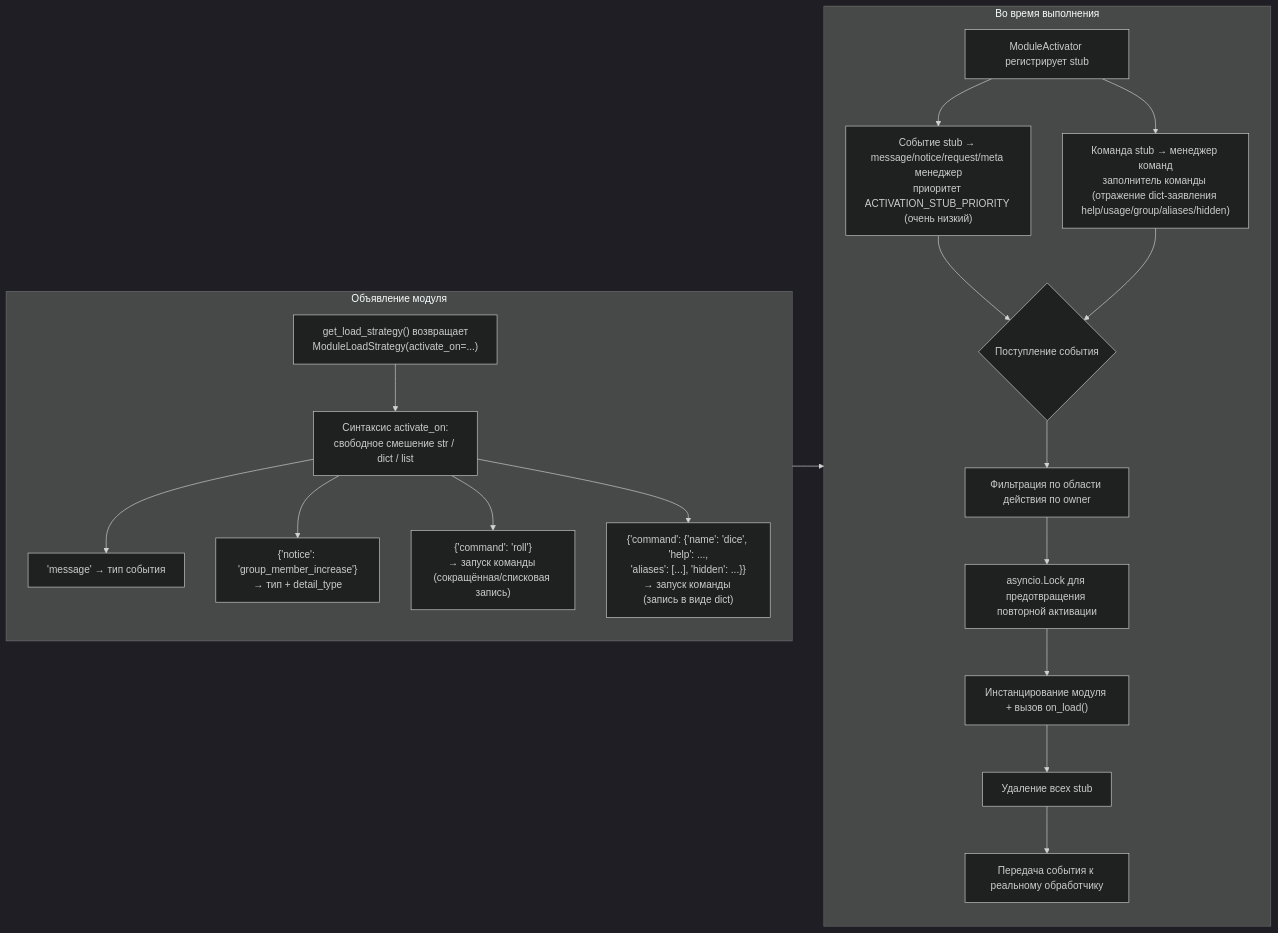
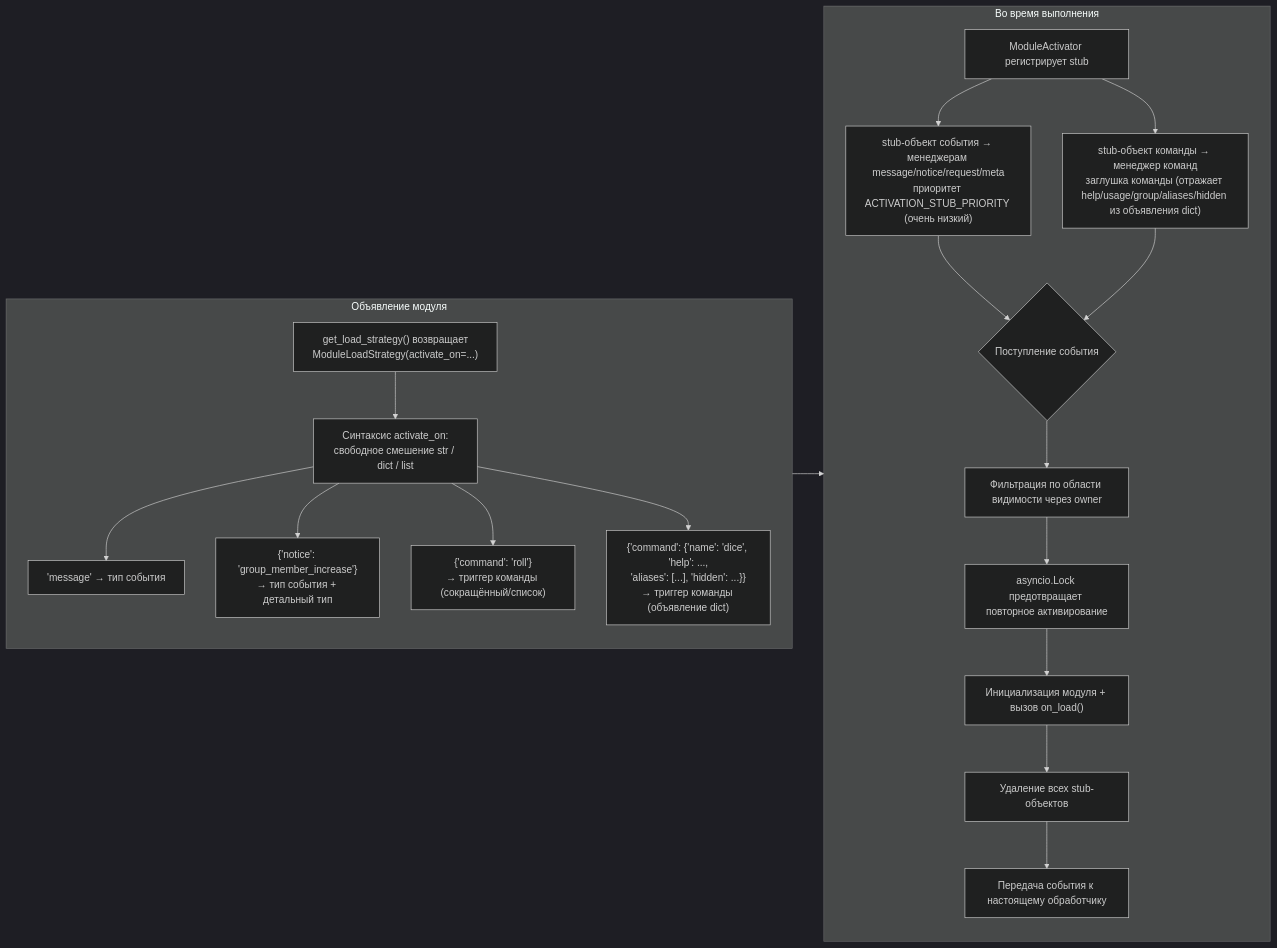
Before and after one commit to ErisPulse/ErisPulse: the seventh of 9 diagrams in docs/ru/architecture.md, drawn with Mermaid (dark theme). The commit also changed other lines of this file and 79 other files, not shown here.

````diff
--- a/docs/ru/architecture.md
+++ b/docs/ru/architecture.md
@@ -221,24 +221,24 @@
 ```mermaid
 flowchart LR
     subgraph Declare["Объявление модуля"]
         S1["get_load_strategy() возвращает<br/>ModuleLoadStrategy(activate_on=...)"] --> S2["Синтаксис activate_on:<br/>свободное смешение str / dict / list"]
         S2 --> S2a["'message' → тип события"]
-        S2 --> S2b["{'notice': 'group_member_increase'}<br/>→ тип + detail_type"]
-        S2 --> S2c["{'command': 'roll'}<br/>→ запуск команды (сокращённая/списковая запись)"]
-        S2 --> S2d["{'command': {'name': 'dice', 'help': ...,<br/>'aliases': [...], 'hidden': ...}}<br/>→ запуск команды (запись в виде dict)"]
+        S2 --> S2b["{'notice': 'group_member_increase'}<br/>→ тип события + детальный тип"]
+        S2 --> S2c["{'command': 'roll'}<br/>→ триггер команды (сокращённый/список)"]
+        S2 --> S2d["{'command': {'name': 'dice', 'help': ...,<br/>'aliases': [...], 'hidden': ...}}<br/>→ триггер команды (объявление dict)"]
     end
 
     subgraph Runtime["Во время выполнения"]
-        R1["ModuleActivator регистрирует stub"] --> R1a["Событие stub → message/notice/request/meta менеджер<br/>приоритет ACTIVATION_STUB_PRIORITY (очень низкий)"]
-        R1 --> R1b["Команда stub → менеджер команд<br/>заполнитель команды (отражение dict-заявления help/usage/group/aliases/hidden)"]
+        R1["ModuleActivator регистрирует stub"] --> R1a["stub-объект события → менеджерам message/notice/request/meta<br/>приоритет ACTIVATION_STUB_PRIORITY (очень низкий)"]
+        R1 --> R1b["stub-объект команды → менеджер команд<br/>заглушка команды (отражает help/usage/group/aliases/hidden из объявления dict)"]
         R1a --> R2{"Поступление события"}
         R1b --> R2
-        R2 --> R3["Фильтрация по области действия по owner"]
-        R3 --> R4["asyncio.Lock для предотвращения повторной активации"]
-        R4 --> R5["Инстанцирование модуля + вызов on_load()"]
-        R5 --> R6["Удаление всех stub"]
-        R6 --> R7["Передача события к реальному обработчику"]
+        R2 --> R3["Фильтрация по области видимости через owner"]
+        R3 --> R4["asyncio.Lock предотвращает повторное активирование"]
+        R4 --> R5["Инициализация модуля + вызов on_load()"]
+        R5 --> R6["Удаление всех stub-объектов"]
+        R6 --> R7["Передача события к настоящему обработчику"]
     end
 
     Declare --> Runtime
 ```
````
